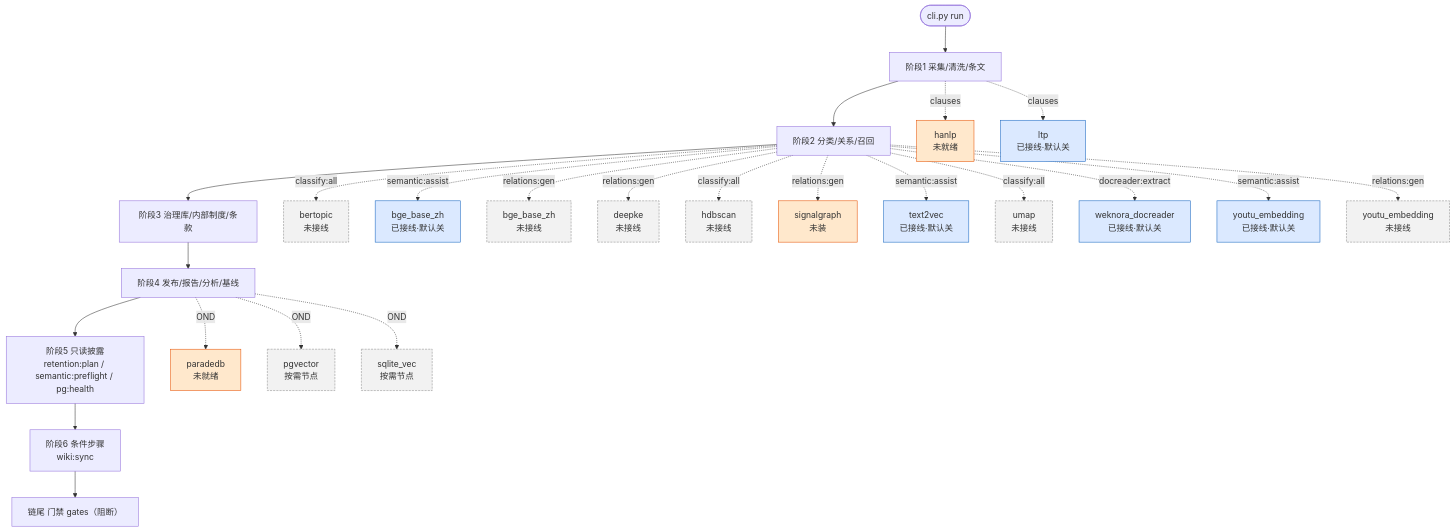
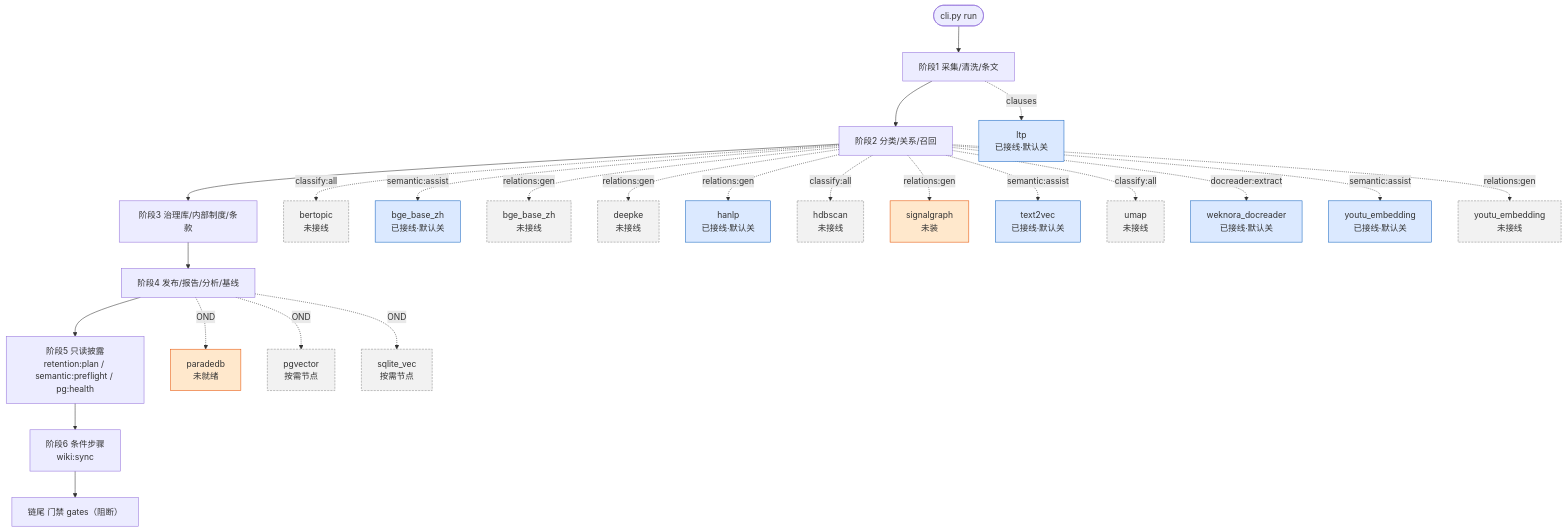
The third of 3 diagrams in README.md (wangtierui/orchestrator), drawn with Mermaid before and after one commit. The commit also changed other lines of this file and 8 other files, not shown here.

````diff
--- a/README.md
+++ b/README.md
@@ -403,37 +403,37 @@
 ```mermaid
 flowchart TD
   S(["cli.py run"]) --> A["阶段1 采集/清洗/条文"]
   A --> B["阶段2 分类/关系/召回"]
   B --> C["阶段3 治理库/内部制度/条款"]
   C --> D["阶段4 发布/报告/分析/基线"]
   D --> E["阶段5 只读披露<br/>retention:plan / semantic:preflight / pg:health"]
   E --> F["阶段6 条件步骤<br/>wiki:sync"]
   F --> G["链尾 门禁 gates（阻断）"]
 
   B -.->|"classify:all"| M_bertopic["bertopic<br/>未接线"]
   B -.->|"semantic:assist"| M_bge_base_zh["bge_base_zh<br/>已接线·默认关"]
   B -.->|"relations:gen"| M_bge_base_zh_relations["bge_base_zh<br/>未接线"]
   B -.->|"relations:gen"| M_deepke["deepke<br/>未接线"]
-  A -.->|"clauses"| M_hanlp["hanlp<br/>未就绪"]
+  B -.->|"relations:gen"| M_hanlp["hanlp<br/>已接线·默认关"]
   B -.->|"classify:all"| M_hdbscan["hdbscan<br/>未接线"]
   A -.->|"clauses"| M_ltp["ltp<br/>已接线·默认关"]
   D -.->|"OND"| M_paradedb["paradedb<br/>未就绪"]
   D -.->|"OND"| M_pgvector["pgvector<br/>按需节点"]
   B -.->|"relations:gen"| M_signalgraph["signalgraph<br/>未装"]
   D -.->|"OND"| M_sqlite_vec["sqlite_vec<br/>按需节点"]
   B -.->|"semantic:assist"| M_text2vec["text2vec<br/>已接线·默认关"]
   B -.->|"classify:all"| M_umap["umap<br/>未接线"]
   B -.->|"docreader:extract"| M_weknora_docreader["weknora_docreader<br/>已接线·默认关"]
   B -.->|"semantic:assist"| M_youtu_embedding["youtu_embedding<br/>已接线·默认关"]
   B -.->|"relations:gen"| M_youtu_embedding_relations["youtu_embedding<br/>未接线"]
 
   classDef on fill:#d7f2df,stroke:#2e7d32,stroke-width:1px
   classDef gated fill:#dbe9ff,stroke:#1565c0,stroke-width:1px
   classDef off fill:#f2f2f2,stroke:#8a8a8a,stroke-dasharray:4 2
   classDef notready fill:#ffe8cc,stroke:#e65100,stroke-width:1px
-  class M_bge_base_zh,M_ltp,M_text2vec,M_weknora_docreader,M_youtu_embedding gated
+  class M_bge_base_zh,M_hanlp,M_ltp,M_text2vec,M_weknora_docreader,M_youtu_embedding gated
   class M_bertopic,M_bge_base_zh_relations,M_deepke,M_hdbscan,M_umap,M_youtu_embedding_relations off
   class M_pgvector,M_sqlite_vec off
-  class M_hanlp,M_paradedb notready
+  class M_paradedb notready
   class M_signalgraph notready
 ```
````
